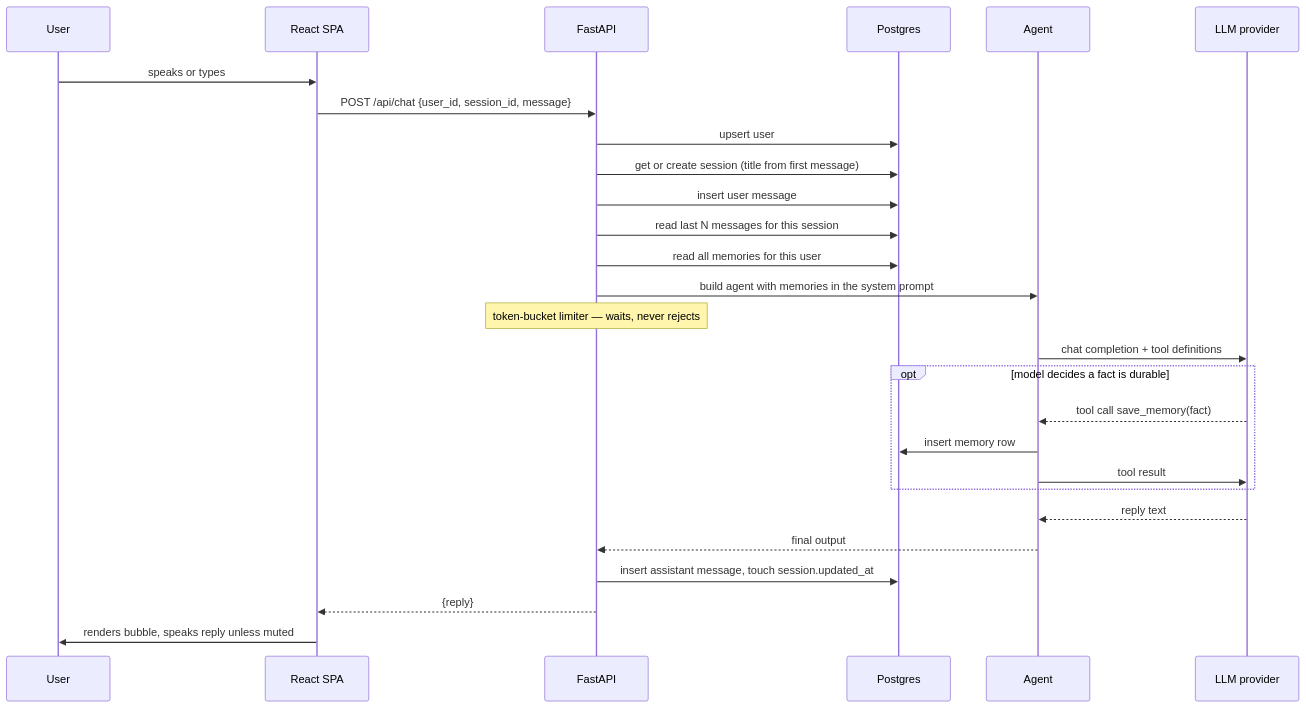
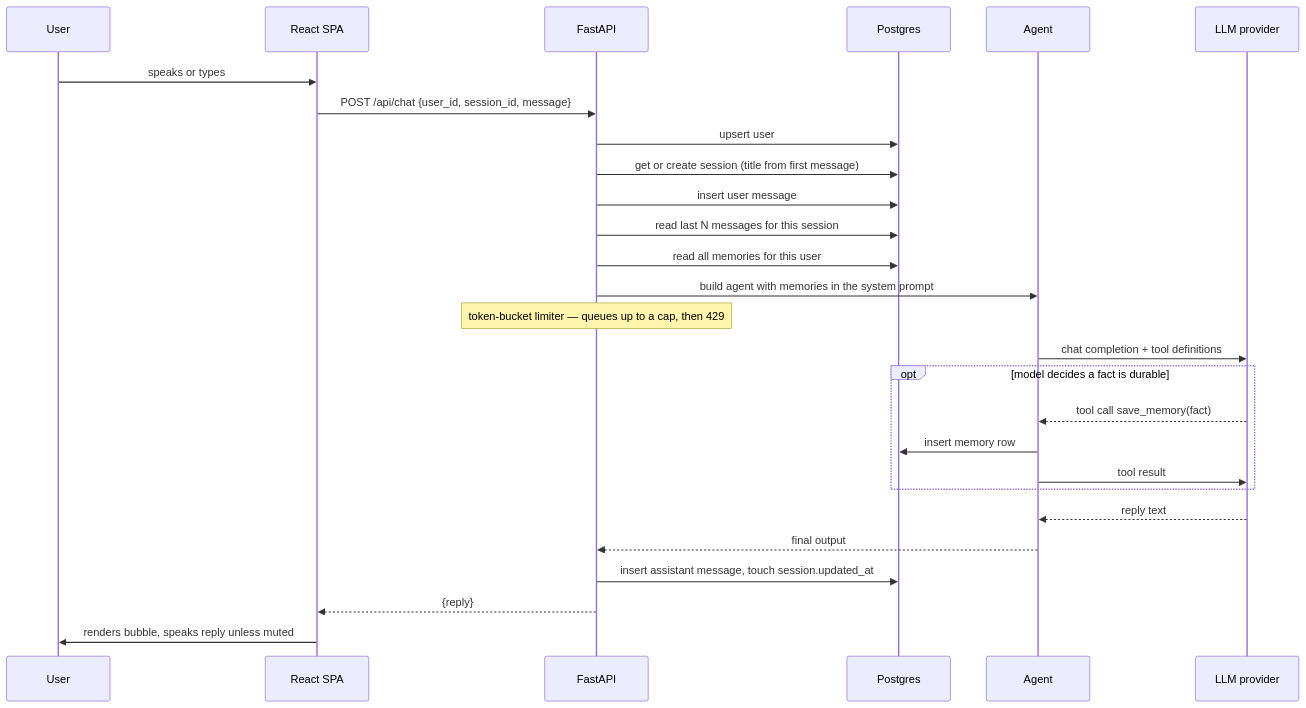
One commit to tareksat/sarji changed the second of 3 diagrams in docs/ARCHITECTURE.md. Above: the diagram before and after it, drawn with Mermaid. The commit also changed other lines of this file and 2 other files, not shown here.

Commit message:
docs: bring the architecture doc and the latency skill in line with the shipped scope

````diff
--- a/docs/ARCHITECTURE.md
+++ b/docs/ARCHITECTURE.md
@@ -50,30 +50,30 @@
 ```mermaid
 sequenceDiagram
     participant U as User
     participant UI as React SPA
     participant API as FastAPI
     participant DB as Postgres
     participant A as Agent
     participant P as LLM provider
 
     U->>UI: speaks or types
     UI->>API: POST /api/chat {user_id, session_id, message}
     API->>DB: upsert user
     API->>DB: get or create session (title from first message)
     API->>DB: insert user message
     API->>DB: read last N messages for this session
     API->>DB: read all memories for this user
     API->>A: build agent with memories in the system prompt
-    Note over API: token-bucket limiter — waits, never rejects
+    Note over API: token-bucket limiter — queues up to a cap, then 429
     A->>P: chat completion + tool definitions
     opt model decides a fact is durable
         P-->>A: tool call save_memory(fact)
         A->>DB: insert memory row
         A->>P: tool result
     end
     P-->>A: reply text
     A-->>API: final output
     API->>DB: insert assistant message, touch session.updated_at
     API-->>UI: {reply}
     UI->>U: renders bubble, speaks reply unless muted
 ```
````
